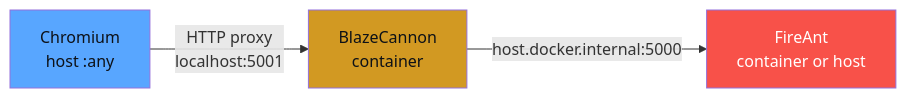
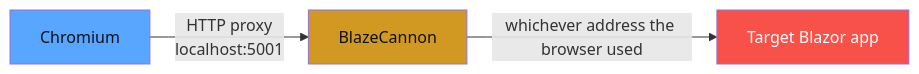
One commit to MathewUlanowski/BlazeCannon changed the second of 3 diagrams in README.md. Above: the diagram before and after it, drawn with Mermaid. The commit also changed other lines of this file and 2 other files, not shown here.

First line of the commit message:
docs: rewrite README for the API + Angular architecture (v0.4.1)

````diff
--- a/README.md
+++ b/README.md
@@ -139,9 +178,9 @@
 ```mermaid
 graph LR
-    Chrome[Chromium<br/>host :any] -->|HTTP proxy<br/>localhost:5001| BC[BlazeCannon<br/>container]
-    BC -->|host.docker.internal:5000| FA[FireAnt<br/>container or host]
+    Chrome[Chromium] -->|HTTP proxy<br/>localhost:5001| BC[BlazeCannon]
+    BC -->|whichever address the browser used| FA[Target Blazor app]
 
     style Chrome fill:#58a6ff,color:#0d1117
     style BC fill:#d29922,color:#0d1117
     style FA fill:#f85149,color:#fff
 ```
````
